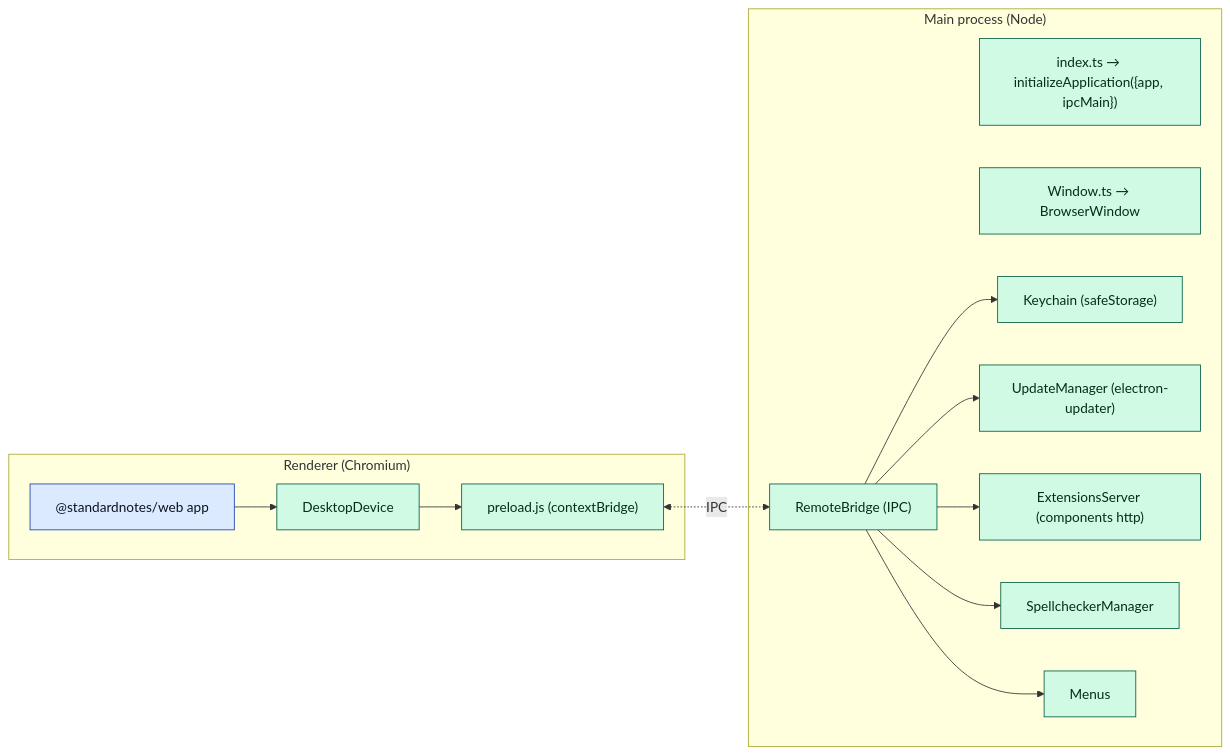
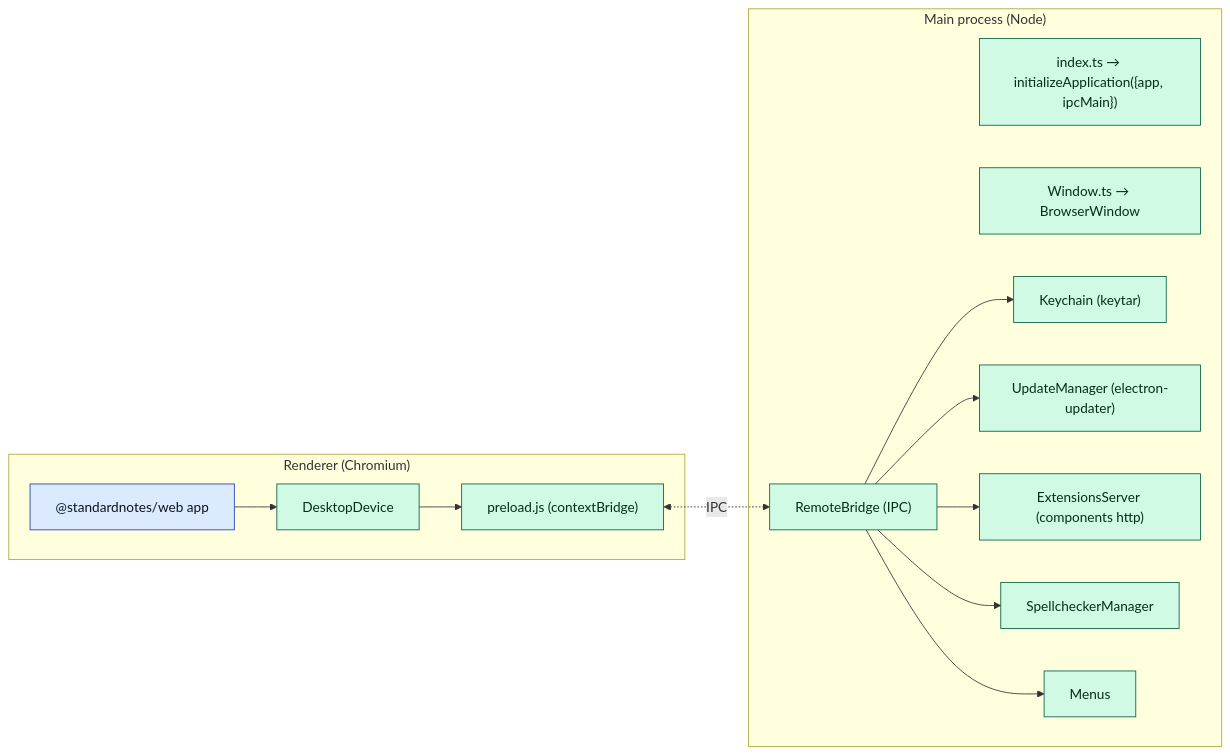
The second of 3 diagrams in docs/architecture/13-multi-platform-architecture.md (convict-git/standardnotes-app), drawn with Mermaid before and after one commit. The commit also changed other lines of this file and 10 other files, not shown here.

Commit message:
docs(architecture): apply subagent cross-check corrections (keytar not safeStorage; inactive sync backoff; no Suspense; zip.js workers; KeyMode; mobile RPC proxy Observed)

````diff
--- a/docs/architecture/13-multi-platform-architecture.md
+++ b/docs/architecture/13-multi-platform-architecture.md
@@ -76,24 +76,24 @@
 ```mermaid
 flowchart LR
     subgraph main["Main process (Node)"]
       APPI["index.ts → initializeApplication({app, ipcMain})"]:::platform
       WIN["Window.ts → BrowserWindow"]:::platform
-      KC["Keychain (safeStorage)"]:::platform
+      KC["Keychain (keytar)"]:::platform
       UM["UpdateManager (electron-updater)"]:::platform
       ES["ExtensionsServer (components http)"]:::platform
       SP["SpellcheckerManager"]:::platform
       MENU["Menus"]:::platform
       RB["RemoteBridge (IPC)"]:::platform
     end
     subgraph rend["Renderer (Chromium)"]
       PRE["preload.js (contextBridge)"]:::platform
       WEBAPP["@standardnotes/web app"]:::ui
       DDEV["DesktopDevice"]:::platform
     end
     WEBAPP --> DDEV --> PRE
     PRE <-. IPC .-> RB
     RB --> KC & UM & ES & SP & MENU
 
     classDef platform fill:#d1fae5,stroke:#065f46,color:#052e16;
     classDef ui fill:#dbeafe,stroke:#1e40af,color:#0b1324;
 ```
````
